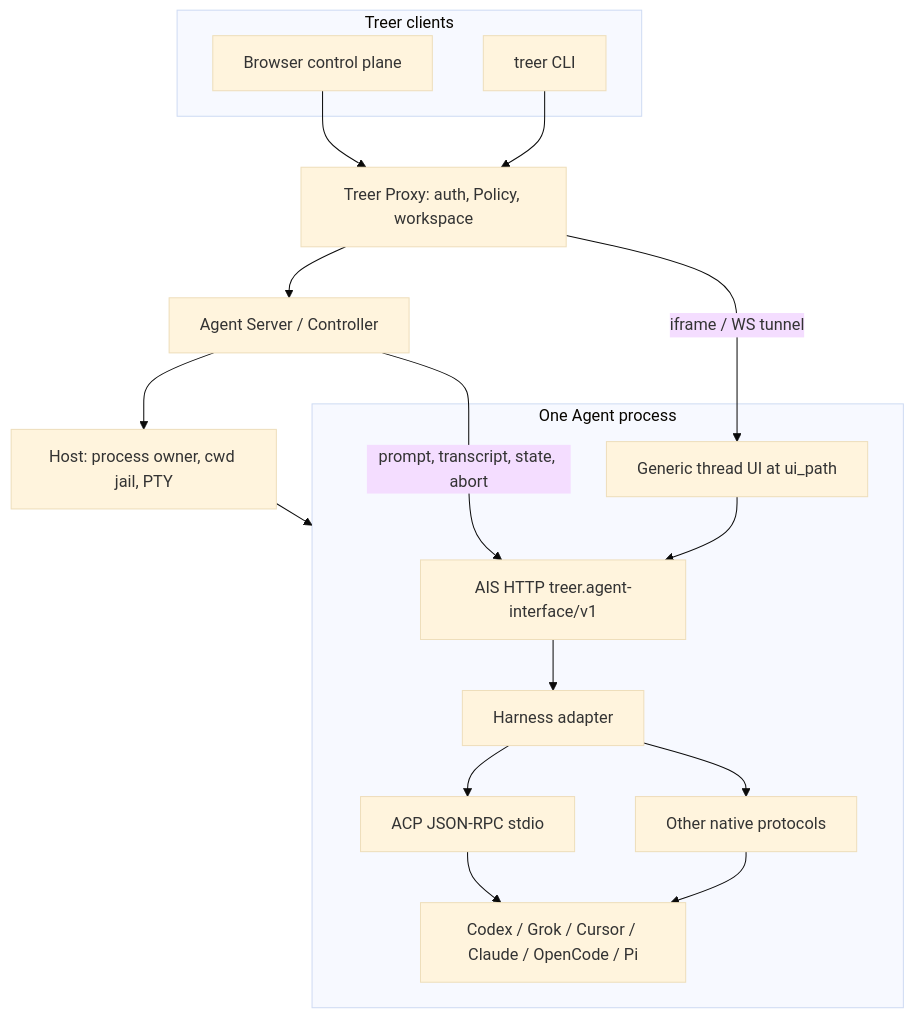
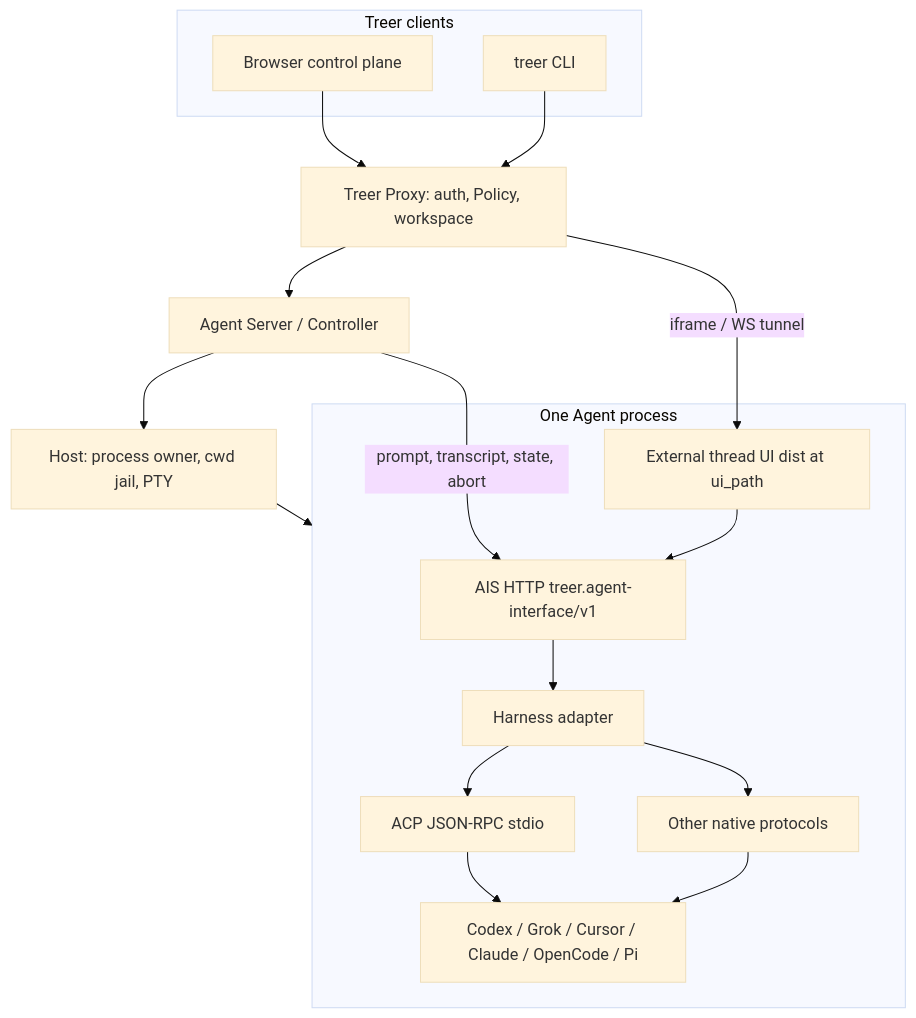
The diagram in docs/research/2026-09-03-rc-acp-migration-plan.md (EvoEvolver/treer), drawn with Mermaid (base theme) before and after one commit. The commit also changed other lines of this file and 1 other file, not shown here.

First line of the commit message:
docs: attach generic Agent UI with treer ui, not in-tree

````diff
--- a/docs/research/2026-09-03-rc-acp-migration-plan.md
+++ b/docs/research/2026-09-03-rc-acp-migration-plan.md
@@ -178,34 +177,34 @@
 ```mermaid
 flowchart TB
   subgraph clients [Treer clients]
     Web[Browser control plane]
     CLI[treer CLI]
   end
 
   Proxy[Treer Proxy: auth, Policy, workspace]
   Controller[Agent Server / Controller]
   Host[Host: process owner, cwd jail, PTY]
 
   subgraph agentProc [One Agent process]
     AIS["AIS HTTP treer.agent-interface/v1"]
-    UI[Generic thread UI at ui_path]
+    UI[External thread UI dist at ui_path]
     Adapter[Harness adapter]
     ACP[ACP JSON-RPC stdio]
     Native[Other native protocols]
     Harness[Codex / Grok / Cursor / Claude / OpenCode / Pi]
   end
 
   Web --> Proxy
   CLI --> Proxy
   Proxy --> Controller
   Controller --> Host
   Controller -->|"prompt, transcript, state, abort"| AIS
   Proxy -->|"iframe / WS tunnel"| UI
   UI --> AIS
   AIS --> Adapter
   Adapter --> ACP
   Adapter --> Native
   ACP --> Harness
   Native --> Harness
   Host --> agentProc
 ```
````
